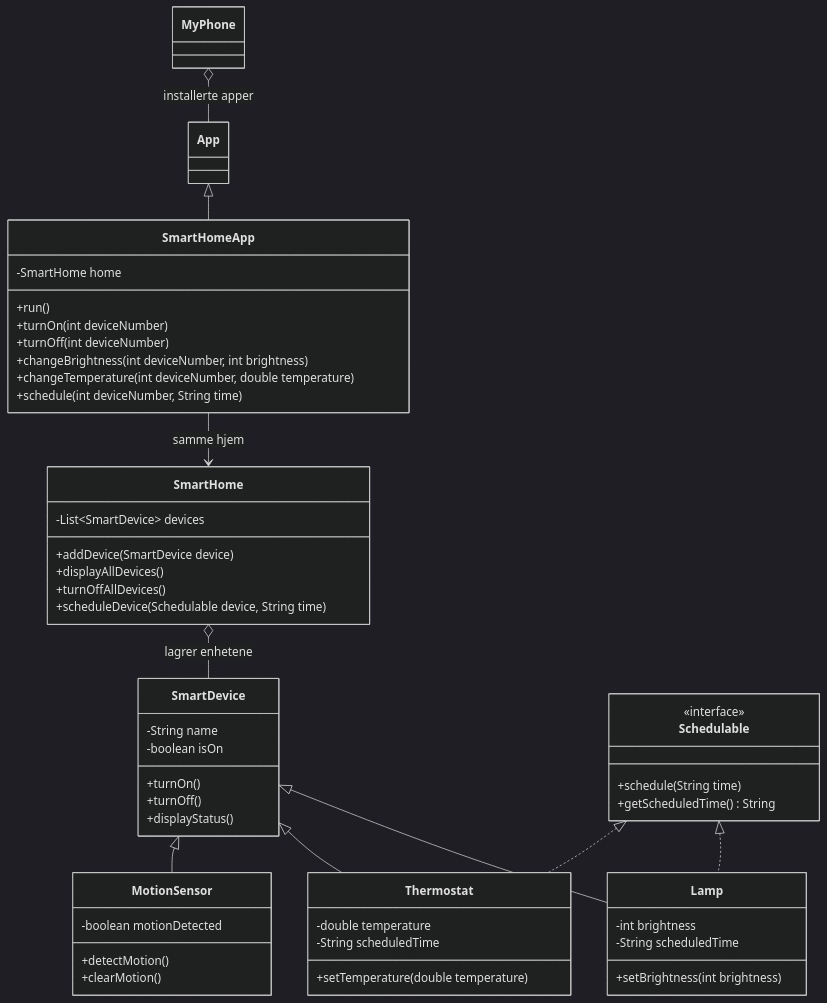
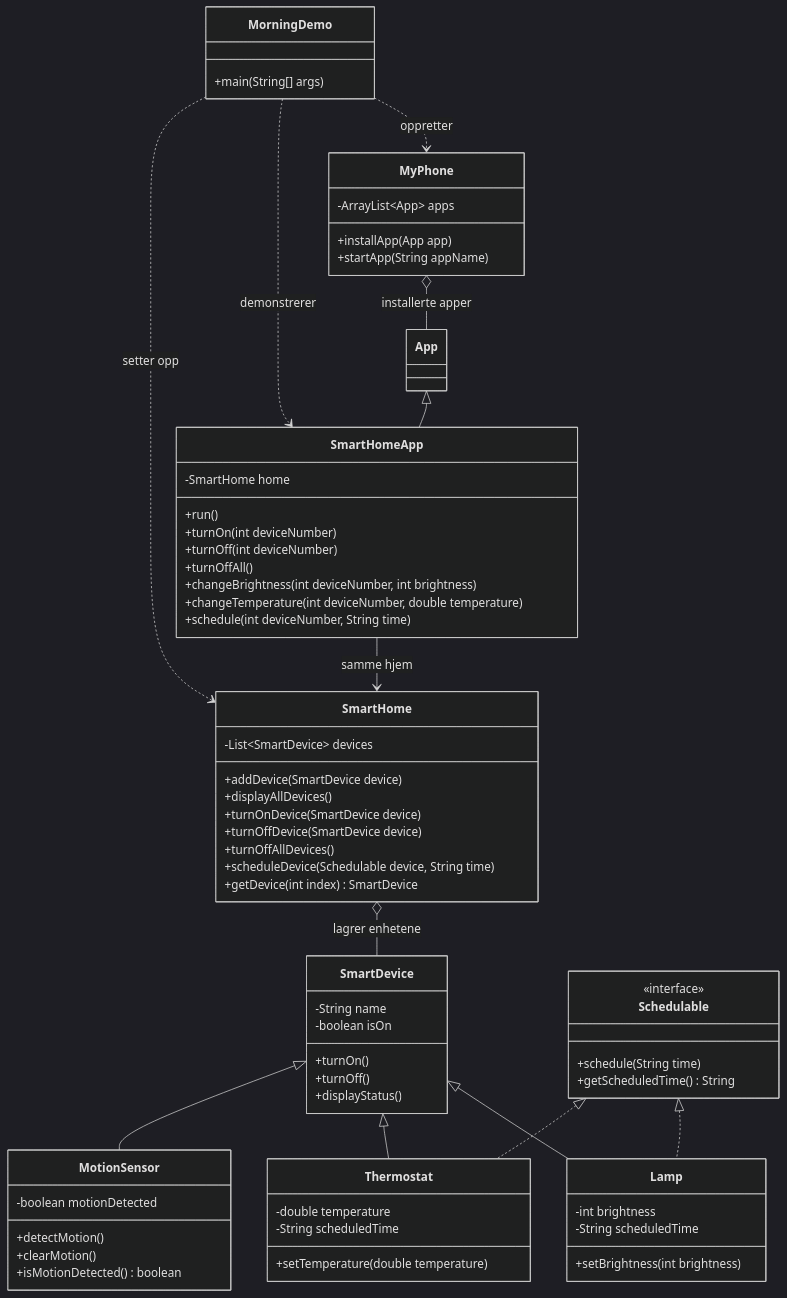
Before and after one commit to itsbarman/MySmartHome: the second of 2 diagrams in README.md, drawn with Mermaid (dark theme). The commit also changed other lines of this file and 2 other files, not shown here.

````diff
--- a/README.md
+++ b/README.md
@@ -183,56 +173,72 @@
 ```mermaid
 classDiagram
 	SmartDevice <|-- Lamp
 	SmartDevice <|-- Thermostat
 	SmartDevice <|-- MotionSensor
 	Schedulable <|.. Lamp
 	Schedulable <|.. Thermostat
 	SmartHome o-- SmartDevice : lagrer enhetene
 	App <|-- SmartHomeApp
 	MyPhone o-- App : installerte apper
 	SmartHomeApp --> SmartHome : samme hjem
+	MorningDemo ..> MyPhone : oppretter
+	MorningDemo ..> SmartHomeApp : demonstrerer
+	MorningDemo ..> SmartHome : setter opp
 
 	class SmartDevice {
 		-String name
 		-boolean isOn
 		+turnOn()
 		+turnOff()
 		+displayStatus()
 	}
 	class Schedulable {
 		<<interface>>
 		+schedule(String time)
 		+getScheduledTime() String
 	}
 	class Lamp {
 		-int brightness
 		-String scheduledTime
 		+setBrightness(int brightness)
 	}
 	class Thermostat {
 		-double temperature
 		-String scheduledTime
 		+setTemperature(double temperature)
 	}
 	class MotionSensor {
 		-boolean motionDetected
 		+detectMotion()
 		+clearMotion()
+		+isMotionDetected() boolean
 	}
 	class SmartHome {
 		-List~SmartDevice~ devices
 		+addDevice(SmartDevice device)
 		+displayAllDevices()
+		+turnOnDevice(SmartDevice device)
+		+turnOffDevice(SmartDevice device)
 		+turnOffAllDevices()
 		+scheduleDevice(Schedulable device, String time)
+		+getDevice(int index) SmartDevice
+	}
+	class MyPhone {
+		-ArrayList~App~ apps
+		+installApp(App app)
+		+startApp(String appName)
 	}
 	class SmartHomeApp {
 		-SmartHome home
 		+run()
 		+turnOn(int deviceNumber)
 		+turnOff(int deviceNumber)
+		+turnOffAll()
 		+changeBrightness(int deviceNumber, int brightness)
 		+changeTemperature(int deviceNumber, double temperature)
 		+schedule(int deviceNumber, String time)
 	}
+	class MorningDemo {
+		+main(String[] args)
+	}
 ```
````
